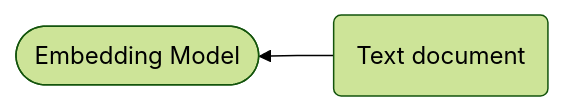
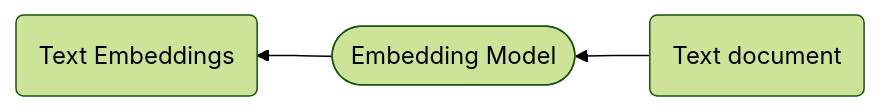
One commit to sariaslaso/query-engine-RAG changed the diagram in README.md. Above: the diagram before and after it, drawn with Mermaid (forest theme).

Commit message:
trying out mermaid

````diff
--- a/README.md
+++ b/README.md
@@ -5,5 +5,5 @@
 ```mermaid
 flowchart RL
 	id1(Text document) --> id2([Embedding Model]);
-
+	id2 --> id3(Text Embeddings);
 ```
````
